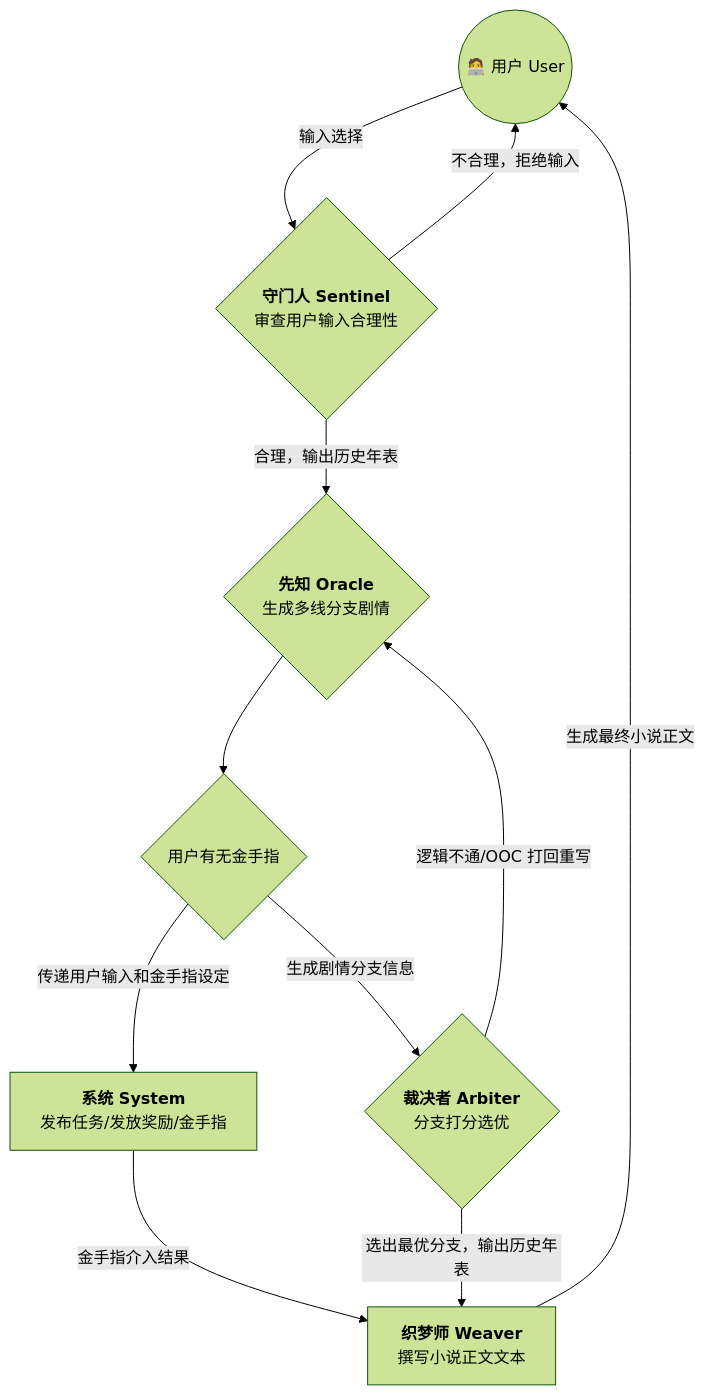
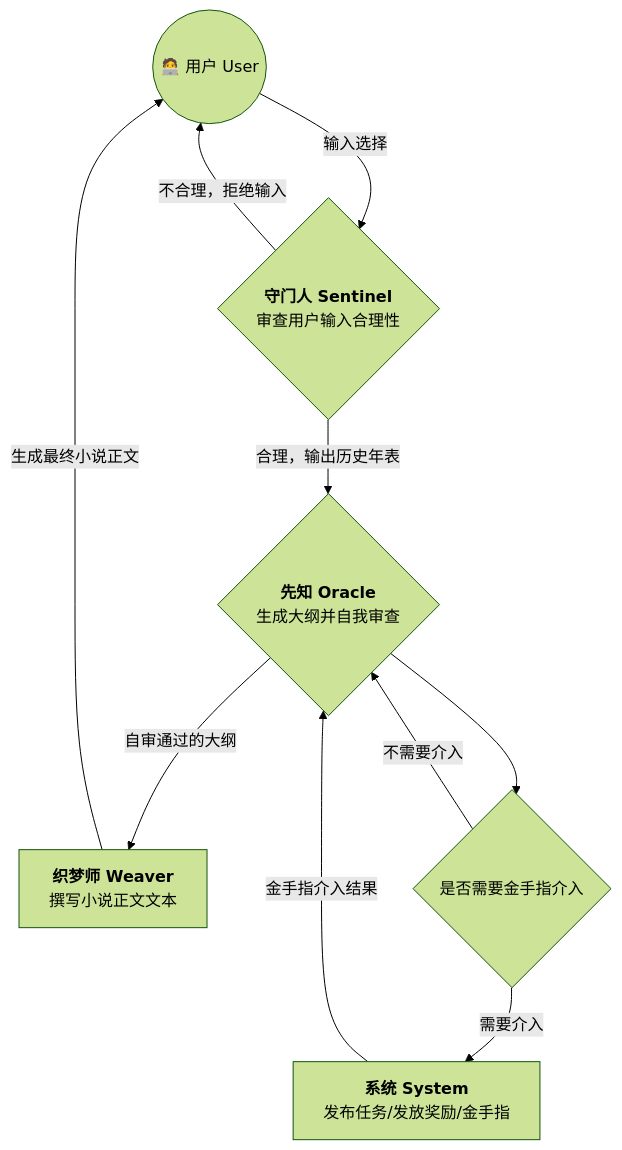
Before and after one commit to Yesifan/planb: the second of 2 diagrams in planb/README.md, drawn with Mermaid (forest theme). The commit also changed other lines of this file and 9 other files, not shown here.

Commit message:
refactor(llm): fold Arbiter review into Oracle

````diff
--- a/planb/README.md
+++ b/planb/README.md
@@ -56,21 +56,19 @@
 ```mermaid
 graph TD
     %% 定义节点与样式
     User((🧑‍💻 用户 User))
     System[<b>系统 System</b><br>发布任务/发放奖励/金手指]
     Sentinel{<b>守门人 Sentinel</b><br>审查用户输入合理性}
-    Oracle{<b>先知 Oracle</b><br>生成多线分支剧情}
-    Arbiter{<b>裁决者 Arbiter</b><br>分支打分选优}
+    Oracle{<b>先知 Oracle</b><br>生成大纲并自我审查}
     Weaver[<b>织梦师 Weaver</b><br>撰写小说正文文本]
     %% 核心交互流程
     User -->|输入选择| Sentinel
     Sentinel -->|不合理，拒绝输入| User
     Sentinel -->|合理，输出历史年表| Oracle
-    Oracle --> B{用户有无金手指}
-    B --> |传递用户输入和金手指设定| System
-    B --> |生成剧情分支信息| Arbiter
-    Arbiter -->|逻辑不通/OOC 打回重写| Oracle
-    Arbiter -->|选出最优分支，输出历史年表| Weaver
-    System -->|金手指介入结果| Weaver
+    Oracle --> B{是否需要金手指介入}
+    B --> |需要介入| System
+    System -->|金手指介入结果| Oracle
+    B --> |不需要介入| Oracle
+    Oracle -->|自审通过的大纲| Weaver
     Weaver -->|生成最终小说正文| User
 ```
````
